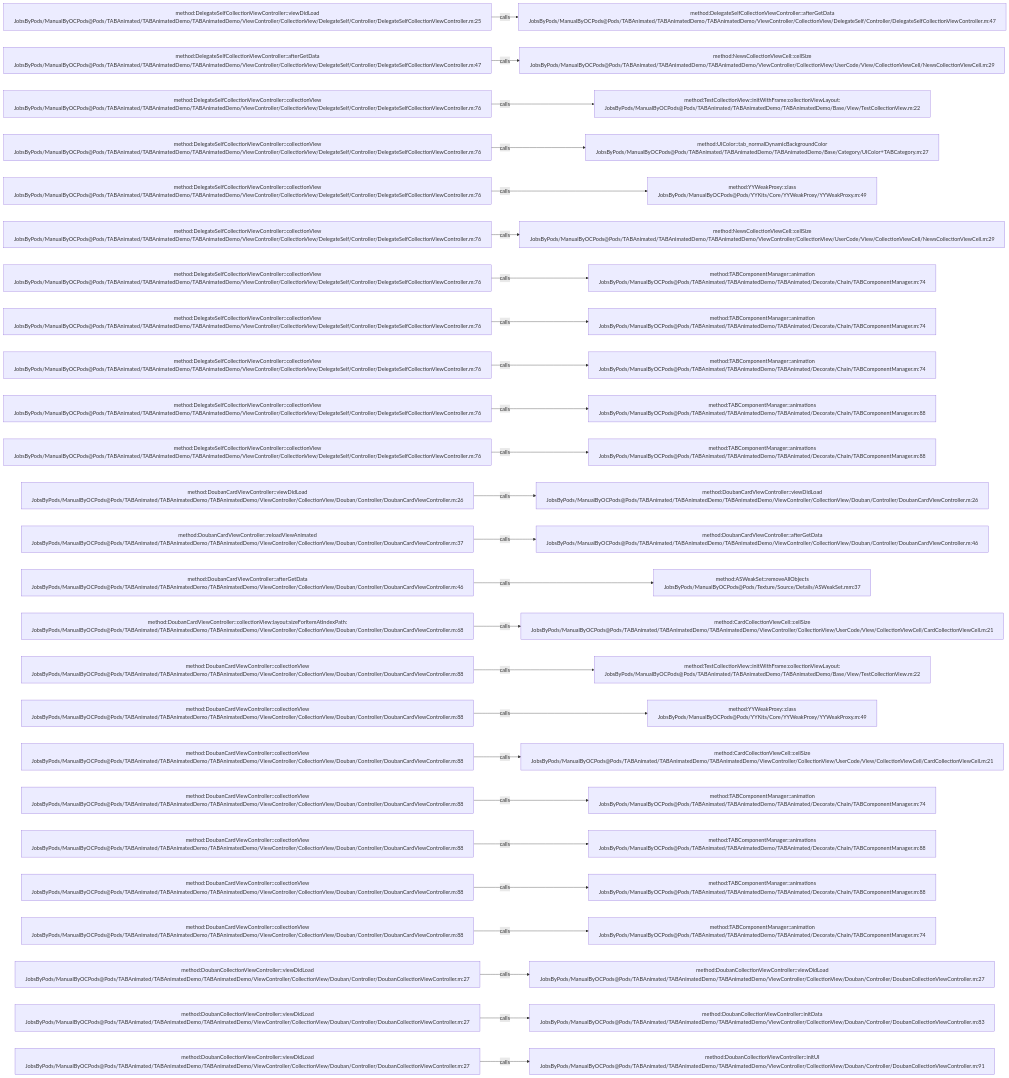
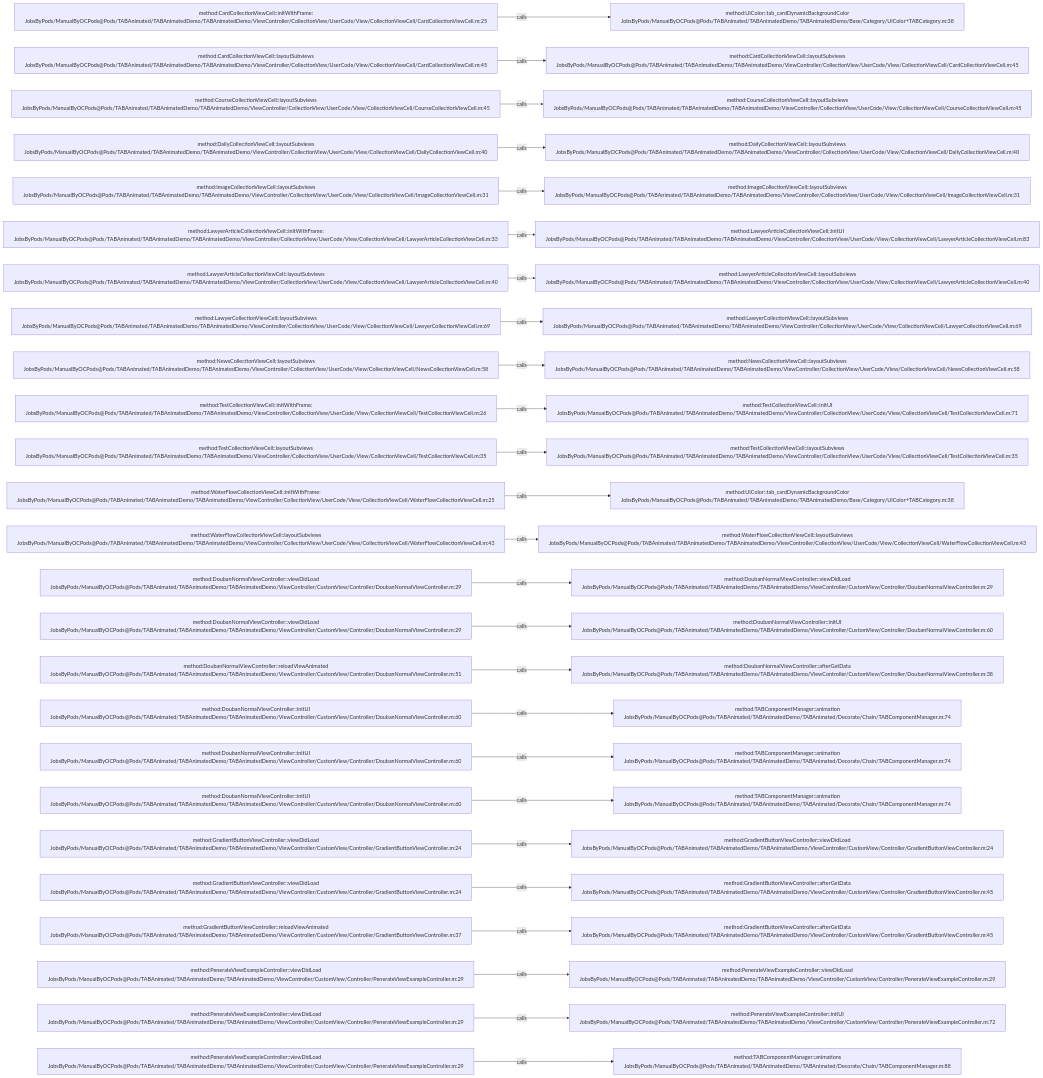
The diagram in .codegraph/codegraph.md/graphs/calls-040.md (JobsKits/JobsOCBaseConfigDemo), drawn with Mermaid before and after one commit. The commit also changed 2723 other files, not shown here.

````diff
--- a/.codegraph/codegraph.md/graphs/calls-040.md
+++ b/.codegraph/codegraph.md/graphs/calls-040.md
@@ -13,78 +13,78 @@
 ```mermaid
 flowchart LR
-  S1["method:DelegateSelfCollectionViewController::viewDidLoad<br/>JobsByPods/ManualByOCPods@Pods/TABAnimated/TABAnimatedDemo/TABAnimatedDemo/ViewController/CollectionView/DelegateSelf/Controller/DelegateSelfCollectionViewController.m:25"]
-  T1["method:DelegateSelfCollectionViewController::afterGetData<br/>JobsByPods/ManualByOCPods@Pods/TABAnimated/TABAnimatedDemo/TABAnimatedDemo/ViewController/CollectionView/DelegateSelf/Controller/DelegateSelfCollectionViewController.m:47"]
+  S1["method:CardCollectionViewCell::initWithFrame:<br/>JobsByPods/ManualByOCPods@Pods/TABAnimated/TABAnimatedDemo/TABAnimatedDemo/ViewController/CollectionView/UserCode/View/CollectionViewCell/CardCollectionViewCell.m:25"]
+  T1["method:UIColor::tab_cardDynamicBackgroundColor<br/>JobsByPods/ManualByOCPods@Pods/TABAnimated/TABAnimatedDemo/TABAnimatedDemo/Base/Category/UIColor+TABCategory.m:38"]
   S1 -->|calls| T1
-  S2["method:DelegateSelfCollectionViewController::afterGetData<br/>JobsByPods/ManualByOCPods@Pods/TABAnimated/TABAnimatedDemo/TABAnimatedDemo/ViewController/CollectionView/DelegateSelf/Controller/DelegateSelfCollectionViewController.m:47"]
-  T2["method:NewsCollectionViewCell::cellSize<br/>JobsByPods/ManualByOCPods@Pods/TABAnimated/TABAnimatedDemo/TABAnimatedDemo/ViewController/CollectionView/UserCode/View/CollectionViewCell/NewsCollectionViewCell.m:29"]
+  S2["method:CardCollectionViewCell::layoutSubviews<br/>JobsByPods/ManualByOCPods@Pods/TABAnimated/TABAnimatedDemo/TABAnimatedDemo/ViewController/CollectionView/UserCode/View/CollectionViewCell/CardCollectionViewCell.m:45"]
+  T2["method:CardCollectionViewCell::layoutSubviews<br/>JobsByPods/ManualByOCPods@Pods/TABAnimated/TABAnimatedDemo/TABAnimatedDemo/ViewController/CollectionView/UserCode/View/CollectionViewCell/CardCollectionViewCell.m:45"]
   S2 -->|calls| T2
-  S3["method:DelegateSelfCollectionViewController::collectionView<br/>JobsByPods/ManualByOCPods@Pods/TABAnimated/TABAnimatedDemo/TABAnimatedDemo/ViewController/CollectionView/DelegateSelf/Controller/DelegateSelfCollectionViewController.m:76"]
-  T3["method:TestCollectionView::initWithFrame:collectionViewLayout:<br/>JobsByPods/ManualByOCPods@Pods/TABAnimated/TABAnimatedDemo/TABAnimatedDemo/Base/View/TestCollectionView.m:22"]
+  S3["method:CourseCollectionViewCell::layoutSubviews<br/>JobsByPods/ManualByOCPods@Pods/TABAnimated/TABAnimatedDemo/TABAnimatedDemo/ViewController/CollectionView/UserCode/View/CollectionViewCell/CourseCollectionViewCell.m:45"]
+  T3["method:CourseCollectionViewCell::layoutSubviews<br/>JobsByPods/ManualByOCPods@Pods/TABAnimated/TABAnimatedDemo/TABAnimatedDemo/ViewController/CollectionView/UserCode/View/CollectionViewCell/CourseCollectionViewCell.m:45"]
   S3 -->|calls| T3
-  S4["method:DelegateSelfCollectionViewController::collectionView<br/>JobsByPods/ManualByOCPods@Pods/TABAnimated/TABAnimatedDemo/TABAnimatedDemo/ViewController/CollectionView/DelegateSelf/Controller/DelegateSelfCollectionViewController.m:76"]
-  T4["method:UIColor::tab_normalDynamicBackgroundColor<br/>JobsByPods/ManualByOCPods@Pods/TABAnimated/TABAnimatedDemo/TABAnimatedDemo/Base/Category/UIColor+TABCategory.m:27"]
+  S4["method:DailyCollectionViewCell::layoutSubviews<br/>JobsByPods/ManualByOCPods@Pods/TABAnimated/TABAnimatedDemo/TABAnimatedDemo/ViewController/CollectionView/UserCode/View/CollectionViewCell/DailyCollectionViewCell.m:40"]
+  T4["method:DailyCollectionViewCell::layoutSubviews<br/>JobsByPods/ManualByOCPods@Pods/TABAnimated/TABAnimatedDemo/TABAnimatedDemo/ViewController/CollectionView/UserCode/View/CollectionViewCell/DailyCollectionViewCell.m:40"]
   S4 -->|calls| T4
-  S5["method:DelegateSelfCollectionViewController::collectionView<br/>JobsByPods/ManualByOCPods@Pods/TABAnimated/TABAnimatedDemo/TABAnimatedDemo/ViewController/CollectionView/DelegateSelf/Controller/DelegateSelfCollectionViewController.m:76"]
-  T5["method:YYWeakProxy::class<br/>JobsByPods/ManualByOCPods@Pods/YYKits/Core/YYWeakProxy/YYWeakProxy.m:49"]
+  S5["method:ImageCollectionViewCell::layoutSubviews<br/>JobsByPods/ManualByOCPods@Pods/TABAnimated/TABAnimatedDemo/TABAnimatedDemo/ViewController/CollectionView/UserCode/View/CollectionViewCell/ImageCollectionViewCell.m:31"]
+  T5["method:ImageCollectionViewCell::layoutSubviews<br/>JobsByPods/ManualByOCPods@Pods/TABAnimated/TABAnimatedDemo/TABAnimatedDemo/ViewController/CollectionView/UserCode/View/CollectionViewCell/ImageCollectionViewCell.m:31"]
   S5 -->|calls| T5
-  S6["method:DelegateSelfCollectionViewController::collectionView<br/>JobsByPods/ManualByOCPods@Pods/TABAnimated/TABAnimatedDemo/TABAnimatedDemo/ViewController/CollectionView/DelegateSelf/Controller/DelegateSelfCollectionViewController.m:76"]
-  T6["method:NewsCollectionViewCell::cellSize<br/>JobsByPods/ManualByOCPods@Pods/TABAnimated/TABAnimatedDemo/TABAnimatedDemo/ViewController/CollectionView/UserCode/View/CollectionViewCell/NewsCollectionViewCell.m:29"]
+  S6["method:LawyerArticleCollectionViewCell::initWithFrame:<br/>JobsByPods/ManualByOCPods@Pods/TABAnimated/TABAnimatedDemo/TABAnimatedDemo/ViewController/CollectionView/UserCode/View/CollectionViewCell/LawyerArticleCollectionViewCell.m:33"]
+  T6["method:LawyerArticleCollectionViewCell::initUI<br/>JobsByPods/ManualByOCPods@Pods/TABAnimated/TABAnimatedDemo/TABAnimatedDemo/ViewController/CollectionView/UserCode/View/CollectionViewCell/LawyerArticleCollectionViewCell.m:83"]
   S6 -->|calls| T6
-  S7["method:DelegateSelfCollectionViewController::collectionView<br/>JobsByPods/ManualByOCPods@Pods/TABAnimated/TABAnimatedDemo/TABAnimatedDemo/ViewController/CollectionView/DelegateSelf/Controller/DelegateSelfCollectionViewController.m:76"]
-  T7["method:TABComponentManager::animation<br/>JobsByPods/ManualByOCPods@Pods/TABAnimated/TABAnimatedDemo/TABAnimated/Decorate/Chain/TABComponentManager.m:74"]
+  S7["method:LawyerArticleCollectionViewCell::layoutSubviews<br/>JobsByPods/ManualByOCPods@Pods/TABAnimated/TABAnimatedDemo/TABAnimatedDemo/ViewController/CollectionView/UserCode/View/CollectionViewCell/LawyerArticleCollectionViewCell.m:40"]
+  T7["method:LawyerArticleCollectionViewCell::layoutSubviews<br/>JobsByPods/ManualByOCPods@Pods/TABAnimated/TABAnimatedDemo/TABAnimatedDemo/ViewController/CollectionView/UserCode/View/CollectionViewCell/LawyerArticleCollectionViewCell.m:40"]
   S7 -->|calls| T7
-  S8["method:DelegateSelfCollectionViewController::collectionView<br/>JobsByPods/ManualByOCPods@Pods/TABAnimated/TABAnimatedDemo/TABAnimatedDemo/ViewController/CollectionView/DelegateSelf/Controller/DelegateSelfCollectionViewController.m:76"]
-  T8["method:TABComponentManager::animation<br/>JobsByPods/ManualByOCPods@Pods/TABAnimated/TABAnimatedDemo/TABAnimated/Decorate/Chain/TABComponentManager.m:74"]
+  S8["method:LawyerCollectionViewCell::layoutSubviews<br/>JobsByPods/ManualByOCPods@Pods/TABAnimated/TABAnimatedDemo/TABAnimatedDemo/ViewController/CollectionView/UserCode/View/CollectionViewCell/LawyerCollectionViewCell.m:69"]
+  T8["method:LawyerCollectionViewCell::layoutSubviews<br/>JobsByPods/ManualByOCPods@Pods/TABAnimated/TABAnimatedDemo/TABAnimatedDemo/ViewController/CollectionView/UserCode/View/CollectionViewCell/LawyerCollectionViewCell.m:69"]
   S8 -->|calls| T8
-  S9["method:DelegateSelfCollectionViewController::collectionView<br/>JobsByPods/ManualByOCPods@Pods/TABAnimated/TABAnimatedDemo/TABAnimatedDemo/ViewController/CollectionView/DelegateSelf/Controller/DelegateSelfCollectionViewController.m:76"]
-  T9["method:TABComponentManager::animation<br/>JobsByPods/ManualByOCPods@Pods/TABAnimated/TABAnimatedDemo/TABAnimated/Decorate/Chain/TABComponentManager.m:74"]
+  S9["method:NewsCollectionViewCell::layoutSubviews<br/>JobsByPods/ManualByOCPods@Pods/TABAnimated/TABAnimatedDemo/TABAnimatedDemo/ViewController/CollectionView/UserCode/View/CollectionViewCell/NewsCollectionViewCell.m:58"]
+  T9["method:NewsCollectionViewCell::layoutSubviews<br/>JobsByPods/ManualByOCPods@Pods/TABAnimated/TABAnimatedDemo/TABAnimatedDemo/ViewController/CollectionView/UserCode/View/CollectionViewCell/NewsCollectionViewCell.m:58"]
   S9 -->|calls| T9
-  S10["method:DelegateSelfCollectionViewController::collectionView<br/>JobsByPods/ManualByOCPods@Pods/TABAnimated/TABAnimatedDemo/TABAnimatedDemo/ViewController/CollectionView/DelegateSelf/Controller/DelegateSelfCollectionViewController.m:76"]
-  T10["method:TABComponentManager::animations<br/>JobsByPods/ManualByOCPods@Pods/TABAnimated/TABAnimatedDemo/TABAnimated/Decorate/Chain/TABComponentManager.m:88"]
+  S10["method:TestCollectionViewCell::initWithFrame:<br/>JobsByPods/ManualByOCPods@Pods/TABAnimated/TABAnimatedDemo/TABAnimatedDemo/ViewController/CollectionView/UserCode/View/CollectionViewCell/TestCollectionViewCell.m:26"]
+  T10["method:TestCollectionViewCell::initUI<br/>JobsByPods/ManualByOCPods@Pods/TABAnimated/TABAnimatedDemo/TABAnimatedDemo/ViewController/CollectionView/UserCode/View/CollectionViewCell/TestCollectionViewCell.m:71"]
   S10 -->|calls| T10
-  S11["method:DelegateSelfCollectionViewController::collectionView<br/>JobsByPods/ManualByOCPods@Pods/TABAnimated/TABAnimatedDemo/TABAnimatedDemo/ViewController/CollectionView/DelegateSelf/Controller/DelegateSelfCollectionViewController.m:76"]
-  T11["method:TABComponentManager::animations<br/>JobsByPods/ManualByOCPods@Pods/TABAnimated/TABAnimatedDemo/TABAnimated/Decorate/Chain/TABComponentManager.m:88"]
+  S11["method:TestCollectionViewCell::layoutSubviews<br/>JobsByPods/ManualByOCPods@Pods/TABAnimated/TABAnimatedDemo/TABAnimatedDemo/ViewController/CollectionView/UserCode/View/CollectionViewCell/TestCollectionViewCell.m:35"]
+  T11["method:TestCollectionViewCell::layoutSubviews<br/>JobsByPods/ManualByOCPods@Pods/TABAnimated/TABAnimatedDemo/TABAnimatedDemo/ViewController/CollectionView/UserCode/View/CollectionViewCell/TestCollectionViewCell.m:35"]
   S11 -->|calls| T11
-  S12["method:DoubanCardViewController::viewDidLoad<br/>JobsByPods/ManualByOCPods@Pods/TABAnimated/TABAnimatedDemo/TABAnimatedDemo/ViewController/CollectionView/Douban/Controller/DoubanCardViewController.m:26"]
-  T12["method:DoubanCardViewController::viewDidLoad<br/>JobsByPods/ManualByOCPods@Pods/TABAnimated/TABAnimatedDemo/TABAnimatedDemo/ViewController/CollectionView/Douban/Controller/DoubanCardViewController.m:26"]
+  S12["method:WaterFlowCollectionViewCell::initWithFrame:<br/>JobsByPods/ManualByOCPods@Pods/TABAnimated/TABAnimatedDemo/TABAnimatedDemo/ViewController/CollectionView/UserCode/View/CollectionViewCell/WaterFlowCollectionViewCell.m:25"]
+  T12["method:UIColor::tab_cardDynamicBackgroundColor<br/>JobsByPods/ManualByOCPods@Pods/TABAnimated/TABAnimatedDemo/TABAnimatedDemo/Base/Category/UIColor+TABCategory.m:38"]
   S12 -->|calls| T12
-  S13["method:DoubanCardViewController::reloadViewAnimated<br/>JobsByPods/ManualByOCPods@Pods/TABAnimated/TABAnimatedDemo/TABAnimatedDemo/ViewController/CollectionView/Douban/Controller/DoubanCardViewController.m:37"]
-  T13["method:DoubanCardViewController::afterGetData<br/>JobsByPods/ManualByOCPods@Pods/TABAnimated/TABAnimatedDemo/TABAnimatedDemo/ViewController/CollectionView/Douban/Controller/DoubanCardViewController.m:46"]
+  S13["method:WaterFlowCollectionViewCell::layoutSubviews<br/>JobsByPods/ManualByOCPods@Pods/TABAnimated/TABAnimatedDemo/TABAnimatedDemo/ViewController/CollectionView/UserCode/View/CollectionViewCell/WaterFlowCollectionViewCell.m:43"]
+  T13["method:WaterFlowCollectionViewCell::layoutSubviews<br/>JobsByPods/ManualByOCPods@Pods/TABAnimated/TABAnimatedDemo/TABAnimatedDemo/ViewController/CollectionView/UserCode/View/CollectionViewCell/WaterFlowCollectionViewCell.m:43"]
   S13 -->|calls| T13
-  S14["method:DoubanCardViewController::afterGetData<br/>JobsByPods/ManualByOCPods@Pods/TABAnimated/TABAnimatedDemo/TABAnimatedDemo/ViewController/CollectionView/Douban/Controller/DoubanCardViewController.m:46"]
-  T14["method:ASWeakSet::removeAllObjects<br/>JobsByPods/ManualByOCPods@Pods/Texture/Source/Details/ASWeakSet.mm:37"]
+  S14["method:DoubanNormalViewController::viewDidLoad<br/>JobsByPods/ManualByOCPods@Pods/TABAnimated/TABAnimatedDemo/TABAnimatedDemo/ViewController/CustomView/Controller/DoubanNormalViewController.m:29"]
+  T14["method:DoubanNormalViewController::viewDidLoad<br/>JobsByPods/ManualByOCPods@Pods/TABAnimated/TABAnimatedDemo/TABAnimatedDemo/ViewController/CustomView/Controller/DoubanNormalViewController.m:29"]
   S14 -->|calls| T14
-  S15["method:DoubanCardViewController::collectionView:layout:sizeForItemAtIndexPath:<br/>JobsByPods/ManualByOCPods@Pods/TABAnimated/TABAnimatedDemo/TABAnimatedDemo/ViewController/CollectionView/Douban/Controller/DoubanCardViewController.m:68"]
-  T15["method:CardCollectionViewCell::cellSize<br/>JobsByPods/ManualByOCPods@Pods/TABAnimated/TABAnimatedDemo/TABAnimatedDemo/ViewController/CollectionView/UserCode/View/CollectionViewCell/CardCollectionViewCell.m:21"]
+  S15["method:DoubanNormalViewController::viewDidLoad<br/>JobsByPods/ManualByOCPods@Pods/TABAnimated/TABAnimatedDemo/TABAnimatedDemo/ViewController/CustomView/Controller/DoubanNormalViewController.m:29"]
+  T15["method:DoubanNormalViewController::initUI<br/>JobsByPods/ManualByOCPods@Pods/TABAnimated/TABAnimatedDemo/TABAnimatedDemo/ViewController/CustomView/Controller/DoubanNormalViewController.m:60"]
   S15 -->|calls| T15
-  S16["method:DoubanCardViewController::collectionView<br/>JobsByPods/ManualByOCPods@Pods/TABAnimated/TABAnimatedDemo/TABAnimatedDemo/ViewController/CollectionView/Douban/Controller/DoubanCardViewController.m:88"]
-  T16["method:TestCollectionView::initWithFrame:collectionViewLayout:<br/>JobsByPods/ManualByOCPods@Pods/TABAnimated/TABAnimatedDemo/TABAnimatedDemo/Base/View/TestCollectionView.m:22"]
+  S16["method:DoubanNormalViewController::reloadViewAnimated<br/>JobsByPods/ManualByOCPods@Pods/TABAnimated/TABAnimatedDemo/TABAnimatedDemo/ViewController/CustomView/Controller/DoubanNormalViewController.m:51"]
+  T16["method:DoubanNormalViewController::afterGetData<br/>JobsByPods/ManualByOCPods@Pods/TABAnimated/TABAnimatedDemo/TABAnimatedDemo/ViewController/CustomView/Controller/DoubanNormalViewController.m:38"]
   S16 -->|calls| T16
-  S17["method:DoubanCardViewController::collectionView<br/>JobsByPods/ManualByOCPods@Pods/TABAnimated/TABAnimatedDemo/TABAnimatedDemo/ViewController/CollectionView/Douban/Controller/DoubanCardViewController.m:88"]
-  T17["method:YYWeakProxy::class<br/>JobsByPods/ManualByOCPods@Pods/YYKits/Core/YYWeakProxy/YYWeakProxy.m:49"]
+  S17["method:DoubanNormalViewController::initUI<br/>JobsByPods/ManualByOCPods@Pods/TABAnimated/TABAnimatedDemo/TABAnimatedDemo/ViewController/CustomView/Controller/DoubanNormalViewController.m:60"]
+  T17["method:TABComponentManager::animation<br/>JobsByPods/ManualByOCPods@Pods/TABAnimated/TABAnimatedDemo/TABAnimated/Decorate/Chain/TABComponentManager.m:74"]
   S17 -->|calls| T17
-  S18["method:DoubanCardViewController::collectionView<br/>JobsByPods/ManualByOCPods@Pods/TABAnimated/TABAnimatedDemo/TABAnimatedDemo/ViewController/CollectionView/Douban/Controller/DoubanCardViewController.m:88"]
-  T18["method:CardCollectionViewCell::cellSize<br/>JobsByPods/ManualByOCPods@Pods/TABAnimated/TABAnimatedDemo/TABAnimatedDemo/ViewController/CollectionView/UserCode/View/CollectionViewCell/CardCollectionViewCell.m:21"]
+  S18["method:DoubanNormalViewController::initUI<br/>JobsByPods/ManualByOCPods@Pods/TABAnimated/TABAnimatedDemo/TABAnimatedDemo/ViewController/CustomView/Controller/DoubanNormalViewController.m:60"]
+  T18["method:TABComponentManager::animation<br/>JobsByPods/ManualByOCPods@Pods/TABAnimated/TABAnimatedDemo/TABAnimated/Decorate/Chain/TABComponentManager.m:74"]
   S18 -->|calls| T18
-  S19["method:DoubanCardViewController::collectionView<br/>JobsByPods/ManualByOCPods@Pods/TABAnimated/TABAnimatedDemo/TABAnimatedDemo/ViewController/CollectionView/Douban/Controller/DoubanCardViewController.m:88"]
+  S19["method:DoubanNormalViewController::initUI<br/>JobsByPods/ManualByOCPods@Pods/TABAnimated/TABAnimatedDemo/TABAnimatedDemo/ViewController/CustomView/Controller/DoubanNormalViewController.m:60"]
   T19["method:TABComponentManager::animation<br/>JobsByPods/ManualByOCPods@Pods/TABAnimated/TABAnimatedDemo/TABAnimated/Decorate/Chain/TABComponentManager.m:74"]
   S19 -->|calls| T19
-  S20["method:DoubanCardViewController::collectionView<br/>JobsByPods/ManualByOCPods@Pods/TABAnimated/TABAnimatedDemo/TABAnimatedDemo/ViewController/CollectionView/Douban/Controller/DoubanCardViewController.m:88"]
-  T20["method:TABComponentManager::animations<br/>JobsByPods/ManualByOCPods@Pods/TABAnimated/TABAnimatedDemo/TABAnimated/Decorate/Chain/TABComponentManager.m:88"]
+  S20["method:GradientButtonViewController::viewDidLoad<br/>JobsByPods/ManualByOCPods@Pods/TABAnimated/TABAnimatedDemo/TABAnimatedDemo/ViewController/CustomView/Controller/GradientButtonViewController.m:24"]
+  T20["method:GradientButtonViewController::viewDidLoad<br/>JobsByPods/ManualByOCPods@Pods/TABAnimated/TABAnimatedDemo/TABAnimatedDemo/ViewController/CustomView/Controller/GradientButtonViewController.m:24"]
   S20 -->|calls| T20
-  S21["method:DoubanCardViewController::collectionView<br/>JobsByPods/ManualByOCPods@Pods/TABAnimated/TABAnimatedDemo/TABAnimatedDemo/ViewController/CollectionView/Douban/Controller/DoubanCardViewController.m:88"]
-  T21["method:TABComponentManager::animations<br/>JobsByPods/ManualByOCPods@Pods/TABAnimated/TABAnimatedDemo/TABAnimated/Decorate/Chain/TABComponentManager.m:88"]
+  S21["method:GradientButtonViewController::viewDidLoad<br/>JobsByPods/ManualByOCPods@Pods/TABAnimated/TABAnimatedDemo/TABAnimatedDemo/ViewController/CustomView/Controller/GradientButtonViewController.m:24"]
+  T21["method:GradientButtonViewController::afterGetData<br/>JobsByPods/ManualByOCPods@Pods/TABAnimated/TABAnimatedDemo/TABAnimatedDemo/ViewController/CustomView/Controller/GradientButtonViewController.m:45"]
   S21 -->|calls| T21
-  S22["method:DoubanCardViewController::collectionView<br/>JobsByPods/ManualByOCPods@Pods/TABAnimated/TABAnimatedDemo/TABAnimatedDemo/ViewController/CollectionView/Douban/Controller/DoubanCardViewController.m:88"]
-  T22["method:TABComponentManager::animation<br/>JobsByPods/ManualByOCPods@Pods/TABAnimated/TABAnimatedDemo/TABAnimated/Decorate/Chain/TABComponentManager.m:74"]
+  S22["method:GradientButtonViewController::reloadViewAnimated<br/>JobsByPods/ManualByOCPods@Pods/TABAnimated/TABAnimatedDemo/TABAnimatedDemo/ViewController/CustomView/Controller/GradientButtonViewController.m:37"]
+  T22["method:GradientButtonViewController::afterGetData<br/>JobsByPods/ManualByOCPods@Pods/TABAnimated/TABAnimatedDemo/TABAnimatedDemo/ViewController/CustomView/Controller/GradientButtonViewController.m:45"]
   S22 -->|calls| T22
-  S23["method:DoubanCollectionViewController::viewDidLoad<br/>JobsByPods/ManualByOCPods@Pods/TABAnimated/TABAnimatedDemo/TABAnimatedDemo/ViewController/CollectionView/Douban/Controller/DoubanCollectionViewController.m:27"]
-  T23["method:DoubanCollectionViewController::viewDidLoad<br/>JobsByPods/ManualByOCPods@Pods/TABAnimated/TABAnimatedDemo/TABAnimatedDemo/ViewController/CollectionView/Douban/Controller/DoubanCollectionViewController.m:27"]
+  S23["method:PenerateViewExampleController::viewDidLoad<br/>JobsByPods/ManualByOCPods@Pods/TABAnimated/TABAnimatedDemo/TABAnimatedDemo/ViewController/CustomView/Controller/PenerateViewExampleController.m:29"]
+  T23["method:PenerateViewExampleController::viewDidLoad<br/>JobsByPods/ManualByOCPods@Pods/TABAnimated/TABAnimatedDemo/TABAnimatedDemo/ViewController/CustomView/Controller/PenerateViewExampleController.m:29"]
   S23 -->|calls| T23
-  S24["method:DoubanCollectionViewController::viewDidLoad<br/>JobsByPods/ManualByOCPods@Pods/TABAnimated/TABAnimatedDemo/TABAnimatedDemo/ViewController/CollectionView/Douban/Controller/DoubanCollectionViewController.m:27"]
-  T24["method:DoubanCollectionViewController::initData<br/>JobsByPods/ManualByOCPods@Pods/TABAnimated/TABAnimatedDemo/TABAnimatedDemo/ViewController/CollectionView/Douban/Controller/DoubanCollectionViewController.m:83"]
+  S24["method:PenerateViewExampleController::viewDidLoad<br/>JobsByPods/ManualByOCPods@Pods/TABAnimated/TABAnimatedDemo/TABAnimatedDemo/ViewController/CustomView/Controller/PenerateViewExampleController.m:29"]
+  T24["method:PenerateViewExampleController::initUI<br/>JobsByPods/ManualByOCPods@Pods/TABAnimated/TABAnimatedDemo/TABAnimatedDemo/ViewController/CustomView/Controller/PenerateViewExampleController.m:72"]
   S24 -->|calls| T24
-  S25["method:DoubanCollectionViewController::viewDidLoad<br/>JobsByPods/ManualByOCPods@Pods/TABAnimated/TABAnimatedDemo/TABAnimatedDemo/ViewController/CollectionView/Douban/Controller/DoubanCollectionViewController.m:27"]
-  T25["method:DoubanCollectionViewController::initUI<br/>JobsByPods/ManualByOCPods@Pods/TABAnimated/TABAnimatedDemo/TABAnimatedDemo/ViewController/CollectionView/Douban/Controller/DoubanCollectionViewController.m:91"]
+  S25["method:PenerateViewExampleController::viewDidLoad<br/>JobsByPods/ManualByOCPods@Pods/TABAnimated/TABAnimatedDemo/TABAnimatedDemo/ViewController/CustomView/Controller/PenerateViewExampleController.m:29"]
+  T25["method:TABComponentManager::animations<br/>JobsByPods/ManualByOCPods@Pods/TABAnimated/TABAnimatedDemo/TABAnimated/Decorate/Chain/TABComponentManager.m:88"]
   S25 -->|calls| T25
 ```
````
